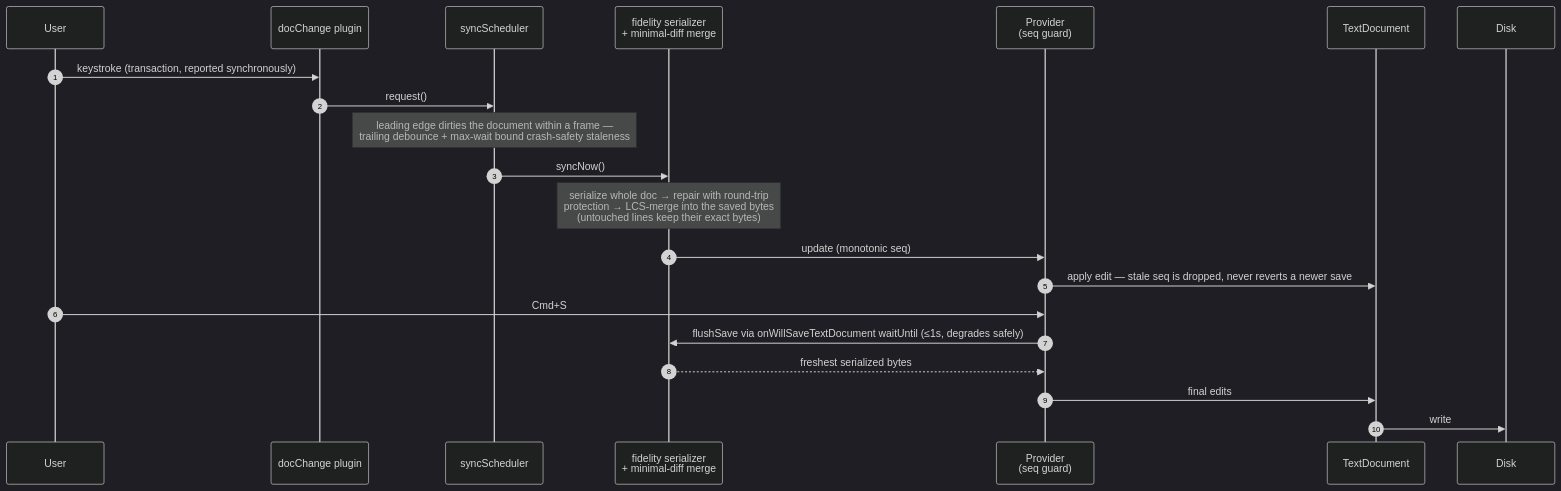
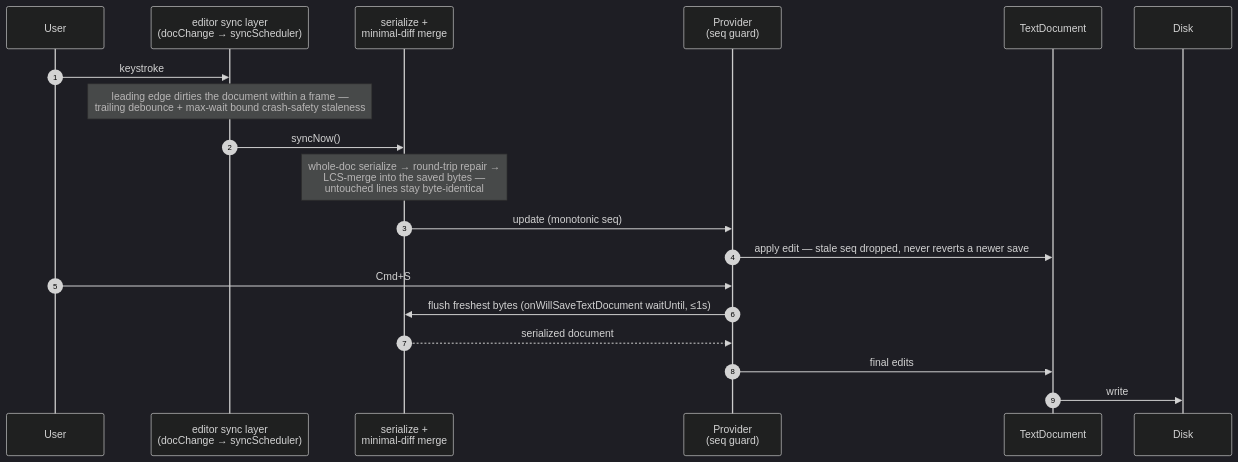
One commit to harlanlewis/birta-writer changed the second of 3 diagrams in README.md. Above: the diagram before and after it, drawn with Mermaid (dark theme). The commit also changed other lines of this file, not shown here.

First line of the commit message:
docs: consolidate the README architecture diagrams from five to three

````diff
--- a/README.md
+++ b/README.md
@@ -202,24 +199,22 @@
 ```mermaid
 sequenceDiagram
     autonumber
     participant U as User
-    participant DC as docChange plugin
-    participant SS as syncScheduler
-    participant SER as fidelity serializer<br/>+ minimal-diff merge
+    participant E as editor sync layer<br/>(docChange → syncScheduler)
+    participant S as serialize +<br/>minimal-diff merge
     participant P as Provider<br/>(seq guard)
-    participant TD as TextDocument
+    participant T as TextDocument
     participant D as Disk
 
-    U->>DC: keystroke (transaction, reported synchronously)
-    DC->>SS: request()
-    Note over SS: leading edge dirties the document within a frame —<br/>trailing debounce + max-wait bound crash-safety staleness
-    SS->>SER: syncNow()
-    Note over SER: serialize whole doc → repair with round-trip<br/>protection → LCS-merge into the saved bytes<br/>(untouched lines keep their exact bytes)
-    SER->>P: update (monotonic seq)
-    P->>TD: apply edit — stale seq is dropped, never reverts a newer save
+    U->>E: keystroke
+    Note over E: leading edge dirties the document within a frame —<br/>trailing debounce + max-wait bound crash-safety staleness
+    E->>S: syncNow()
+    Note over S: whole-doc serialize → round-trip repair →<br/>LCS-merge into the saved bytes —<br/>untouched lines stay byte-identical
+    S->>P: update (monotonic seq)
+    P->>T: apply edit — stale seq dropped, never reverts a newer save
     U->>P: Cmd+S
-    P->>SER: flushSave via onWillSaveTextDocument waitUntil (≤1s, degrades safely)
-    SER-->>P: freshest serialized bytes
-    P->>TD: final edits
-    TD->>D: write
+    P->>S: flush freshest bytes (onWillSaveTextDocument waitUntil, ≤1s)
+    S-->>P: serialized document
+    P->>T: final edits
+    T->>D: write
 ```
````
